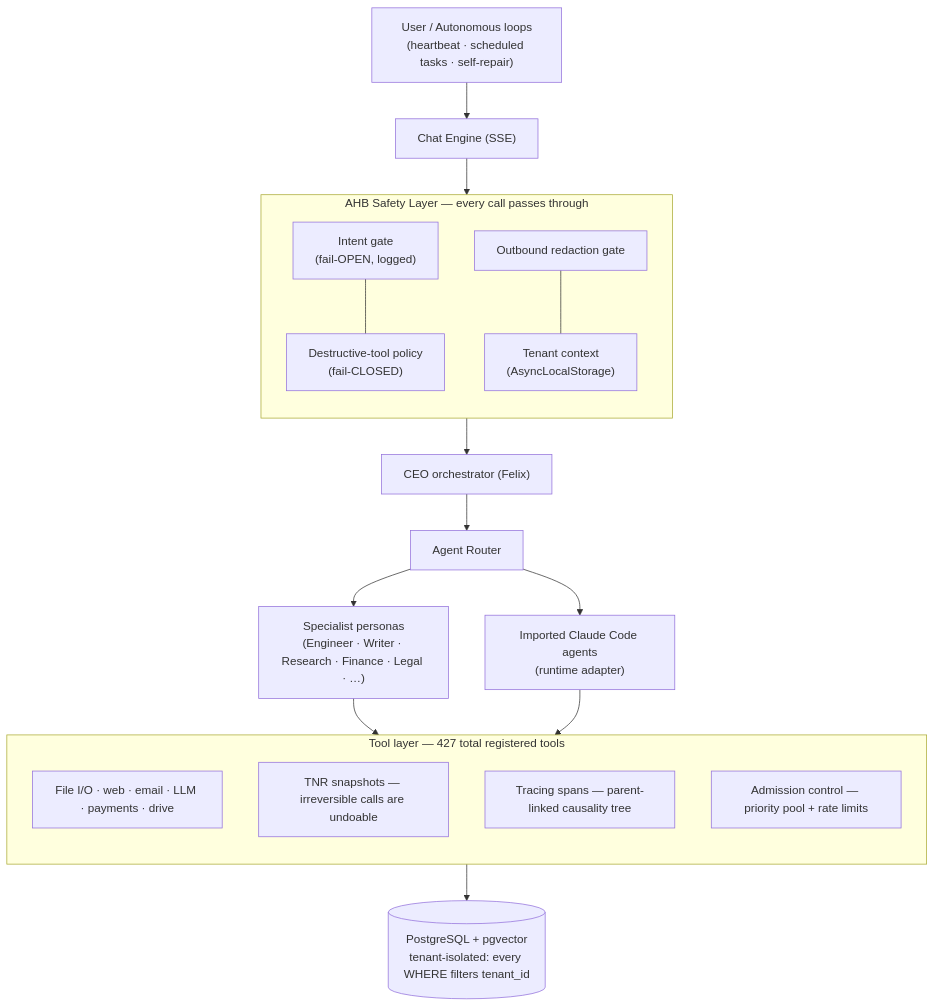
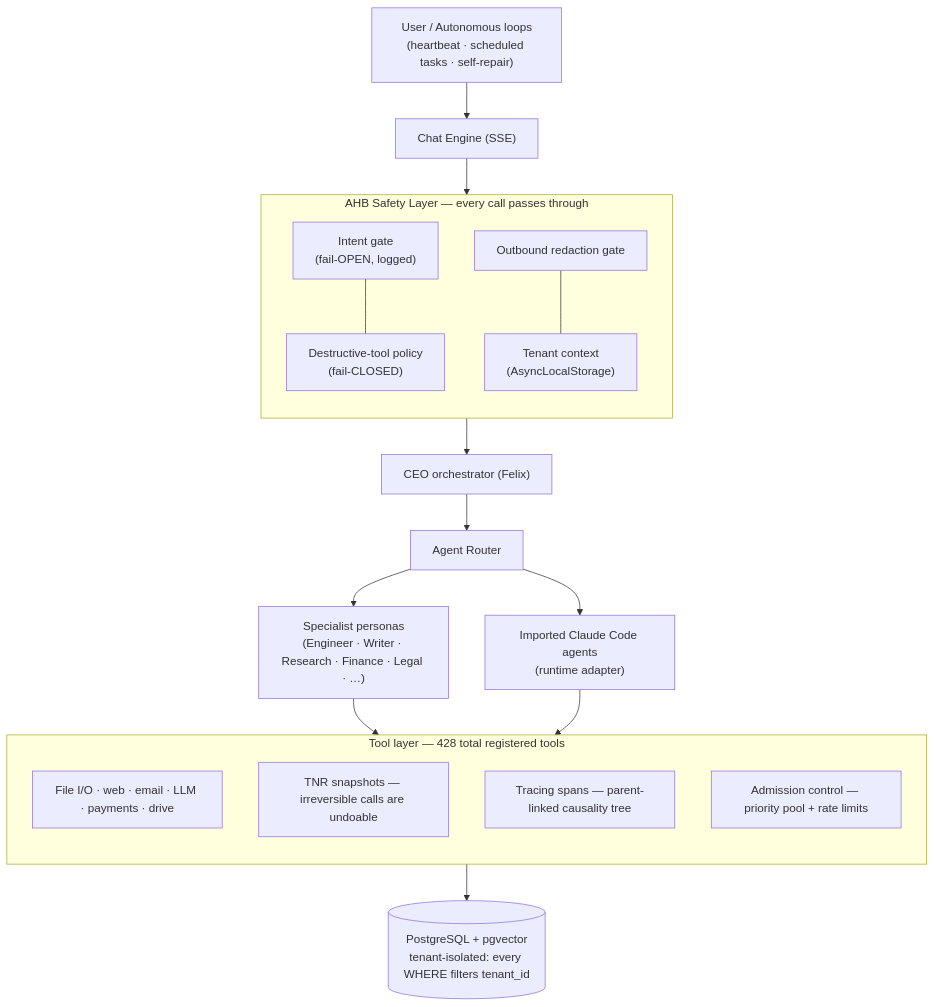
One commit to Huskyauto/VisionClaw-Agent-Public-Release changed the diagram in README.md. Above: the diagram before and after it, drawn with Mermaid. The commit also changed other lines of this file and 296 other files, not shown here.

````diff
--- a/README.md
+++ b/README.md
@@ -132,29 +132,29 @@
 ```mermaid
 flowchart TB
     U["User / Autonomous loops<br/>(heartbeat · scheduled tasks · self-repair)"] --> CE["Chat Engine (SSE)"]
     CE --> SAFETY
 
     subgraph SAFETY["AHB Safety Layer — every call passes through"]
         direction TB
         IG["Intent gate<br/>(fail-OPEN, logged)"] --- DP["Destructive-tool policy<br/>(fail-CLOSED)"]
         RG["Outbound redaction gate"] --- TC["Tenant context<br/>(AsyncLocalStorage)"]
     end
 
     SAFETY --> CEO["CEO orchestrator (Felix)"]
     CEO --> ROUTER["Agent Router"]
     ROUTER --> P1["Specialist personas<br/>(Engineer · Writer · Research · Finance · Legal · …)"]
     ROUTER --> P2["Imported Claude Code agents<br/>(runtime adapter)"]
 
     P1 --> TOOLS
     P2 --> TOOLS
 
-    subgraph TOOLS["Tool layer — 427 total registered tools"]
+    subgraph TOOLS["Tool layer — 428 total registered tools"]
         direction TB
         T1["File I/O · web · email · LLM · payments · drive"]
         T2["TNR snapshots — irreversible calls are undoable"]
         T3["Tracing spans — parent-linked causality tree"]
         T4["Admission control — priority pool + rate limits"]
     end
 
     TOOLS --> DB[("PostgreSQL + pgvector<br/>tenant-isolated: every WHERE filters tenant_id")]
 ```
````
